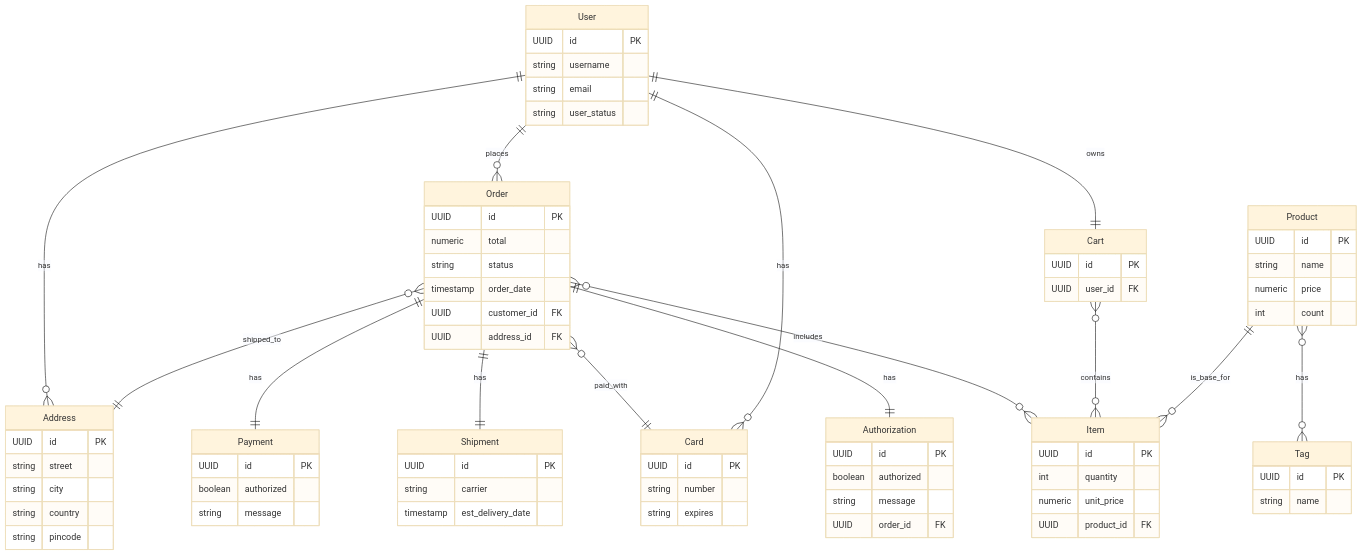
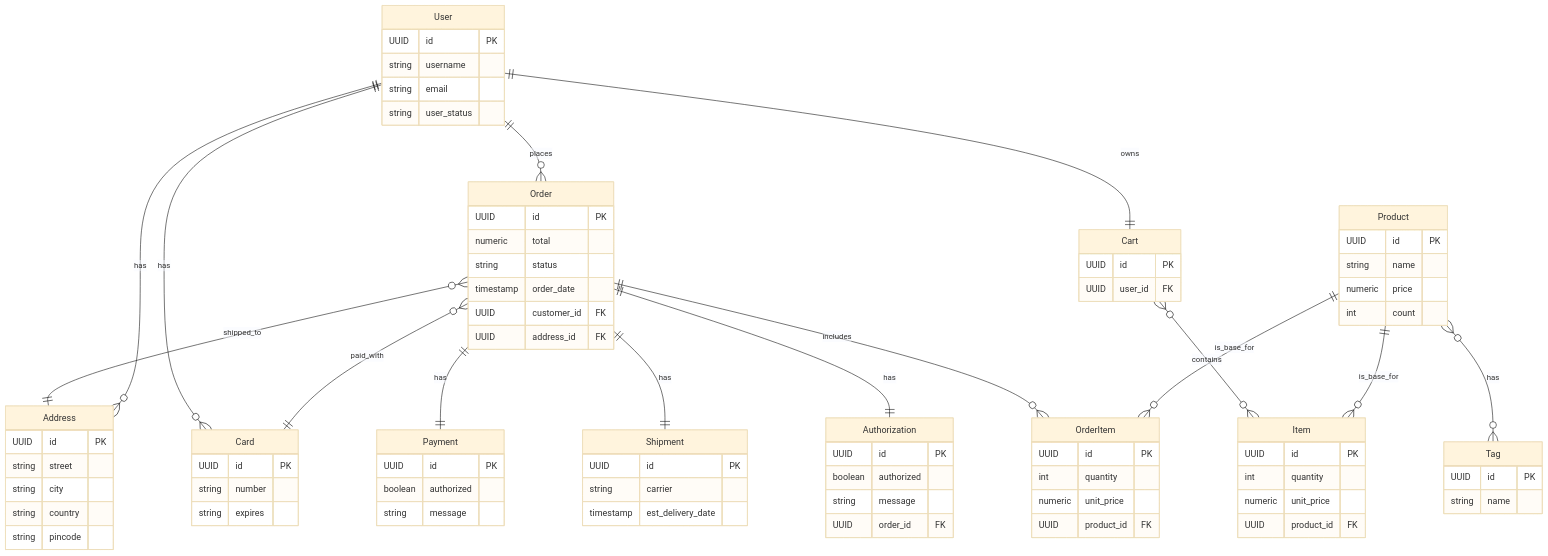
Before and after one commit to low-hill/e-commerce: the diagram in README.md, drawn with Mermaid (base theme). The commit also changed 9 other files, not shown here.

````diff
--- a/README.md
+++ b/README.md
@@ -52,30 +52,16 @@
     User ||--o{ Card : "has"
     User ||--|| Cart : "owns"
     Order }o--|| Card : "paid_with"
+    Cart }o--o{ Item : "contains"
 
-    %% --- Product and Itemization ---
-    Product {
-        UUID id PK
-        string name
-        numeric price
-        int count
-    }
-    Item {
-        UUID id PK
-        int quantity
-        numeric unit_price
-        UUID product_id FK
-    }
-    Tag {
-        UUID id PK
-        string name
-    }
-    Product }o--o{ Tag : "has"
-    Product ||--o{ Item : "is_base_for"
-    Cart }o--o{ Item : "contains"
-    Order }o--o{ Item : "includes"
 
     %% --- Auxiliary Order-related Entities ---
+    OrderItem {
+      UUID id PK
+      int quantity
+      numeric unit_price
+      UUID product_id FK
+    }
     Payment {
         UUID id PK
         boolean authorized
@@ -95,5 +81,27 @@
     Order ||--|| Payment : "has"
     Order ||--|| Shipment : "has"
     Order ||--|| Authorization : "has"
+    Order ||--o{ OrderItem: "includes"
 
+    %% --- Product and Itemization ---
+    Product {
+      UUID id PK
+      string name
+      numeric price
+      int count
+    }
+    Item {
+      UUID id PK
+      int quantity
+      numeric unit_price
+      UUID product_id FK
+    }
+    Tag {
+      UUID id PK
+      string name
+    }
+    
+    Product ||--o{ Item : "is_base_for"
+    Product }o--o{ Tag : "has"
+    Product ||--o{ OrderItem : "is_base_for"
 ```
````
